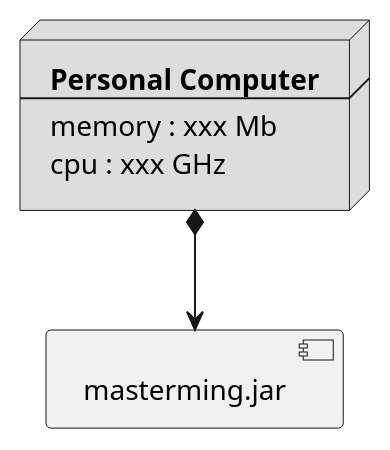
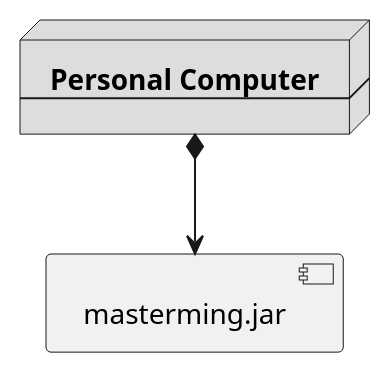
One commit to SantaTecla-mastermind/solution.java.swing.socket.sql changed the second of 2 diagrams in documentView/console/docs/diagrams/src/vistas.plantuml. Above: the diagram before and after it, drawn with PlantUML. The commit also changed 7 other files, not shown here.

Commit message:
Modificacion de diagramas y clase ColorCode

```diff
--- a/documentView/console/docs/diagrams/src/vistas.plantuml
+++ b/documentView/console/docs/diagrams/src/vistas.plantuml
@@ -25,12 +25,10 @@
 @startuml despliegue_fisica
 node node #DDDDDD [
 <b>Personal Computer</b>
 ----
-memory : xxx Mb
-cpu : xxx GHz
 ]
 
 [ masterming.jar ] as component
 
 node *--> component
 @enduml
```
